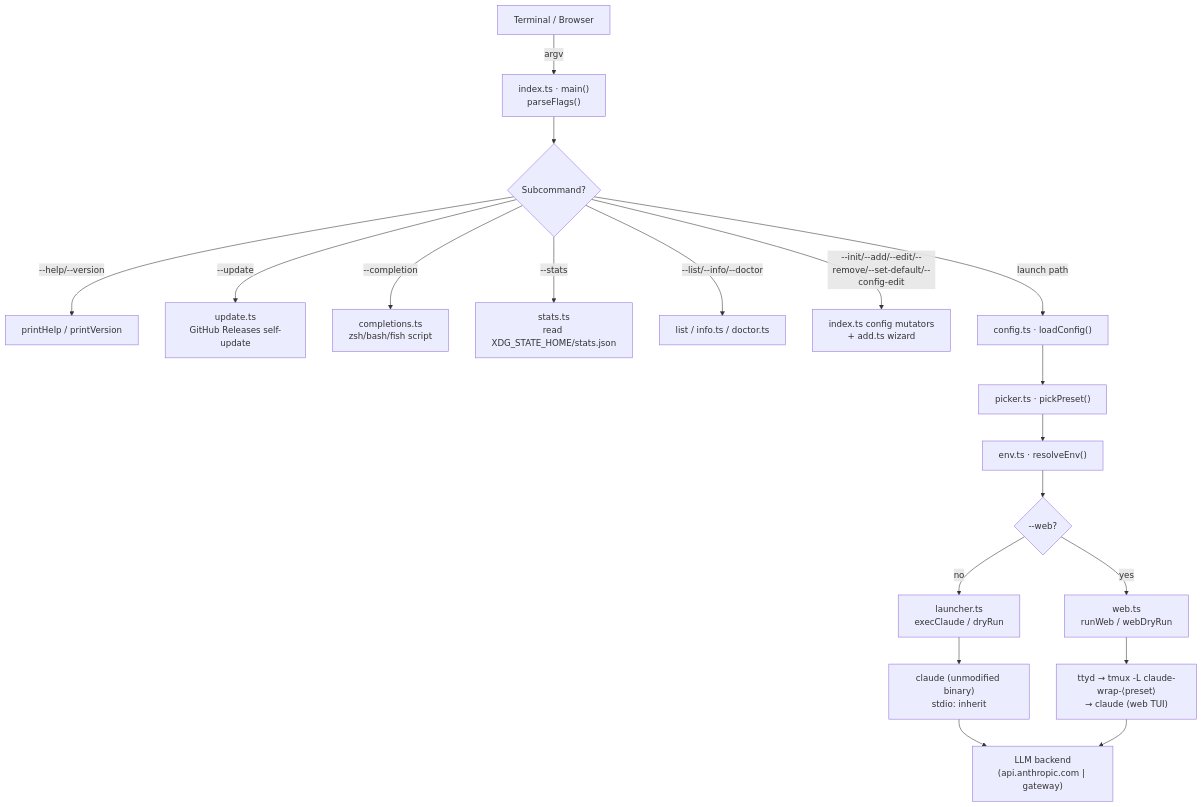
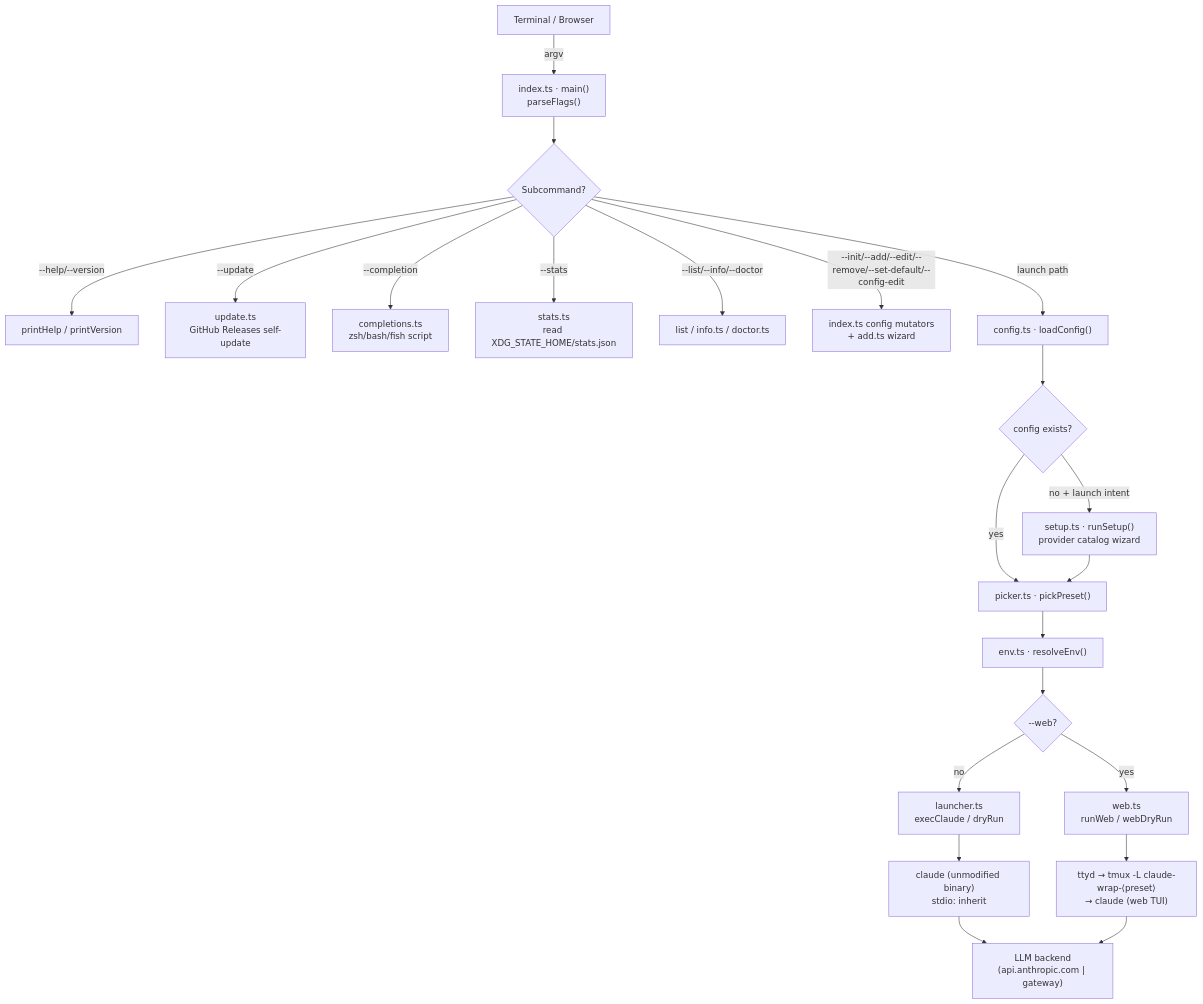
One commit to bara-digital/claude-wrap changed the first of 9 diagrams in docs/ARCHITECTURE.md. Above: the diagram before and after it, drawn with Mermaid. The commit also changed other lines of this file and 13 other files, not shown here.

First line of the commit message:
feat: first-run onboarding wizard (provider catalog)

````diff
--- a/docs/ARCHITECTURE.md
+++ b/docs/ARCHITECTURE.md
@@ -17,26 +17,29 @@
 ```mermaid
 flowchart TD
     CLI["Terminal / Browser"] -->|argv| MAIN["index.ts · main()\nparseFlags()"]
 
     MAIN --> META{Subcommand?}
     META -->|"--help/--version"| HELP["printHelp / printVersion"]
     META -->|"--update"| UPDATE["update.ts\nGitHub Releases self-update"]
     META -->|"--completion"| COMP["completions.ts\nzsh/bash/fish script"]
     META -->|"--stats"| STATS["stats.ts\nread XDG_STATE_HOME/stats.json"]
     META -->|"--list/--info/--doctor"| DIAG["list / info.ts / doctor.ts"]
     META -->|"--init/--add/--edit/--remove/--set-default/--config-edit"| CFGEDIT["index.ts config mutators\n+ add.ts wizard"]
     META -->|"launch path"| CFG["config.ts · loadConfig()"]
 
-    CFG --> PICK["picker.ts · pickPreset()"]
+    CFG --> FIRST{"config exists?"}
+    FIRST -->|"no + launch intent"| WIZ["setup.ts · runSetup()\nprovider catalog wizard"]
+    FIRST -->|yes| PICK["picker.ts · pickPreset()"]
+    WIZ --> PICK
     PICK --> ENV["env.ts · resolveEnv()"]
     ENV --> DECIDE{"--web?"}
 
     DECIDE -->|no| LAUNCH["launcher.ts\nexecClaude / dryRun"]
     DECIDE -->|yes| WEB["web.ts\nrunWeb / webDryRun"]
 
     LAUNCH --> CLAUDE["claude (unmodified binary)\nstdio: inherit"]
     WEB --> TTYD["ttyd → tmux -L claude-wrap-⟨preset⟩\n→ claude (web TUI)"]
 
     CLAUDE --> BACKEND["LLM backend\n(api.anthropic.com | gateway)"]
     TTYD --> BACKEND
 ```
````
